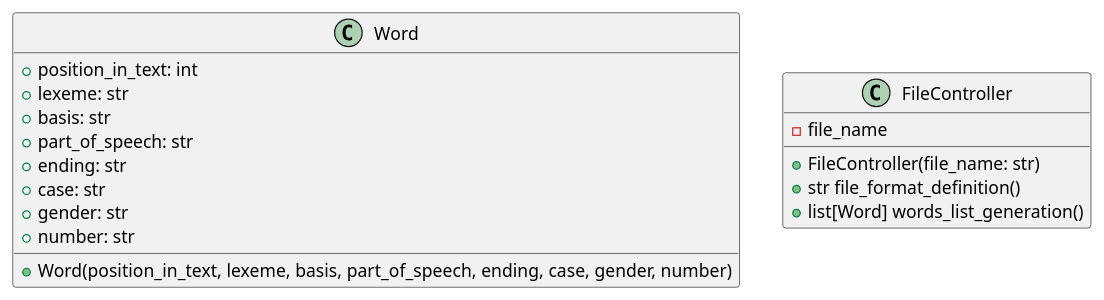
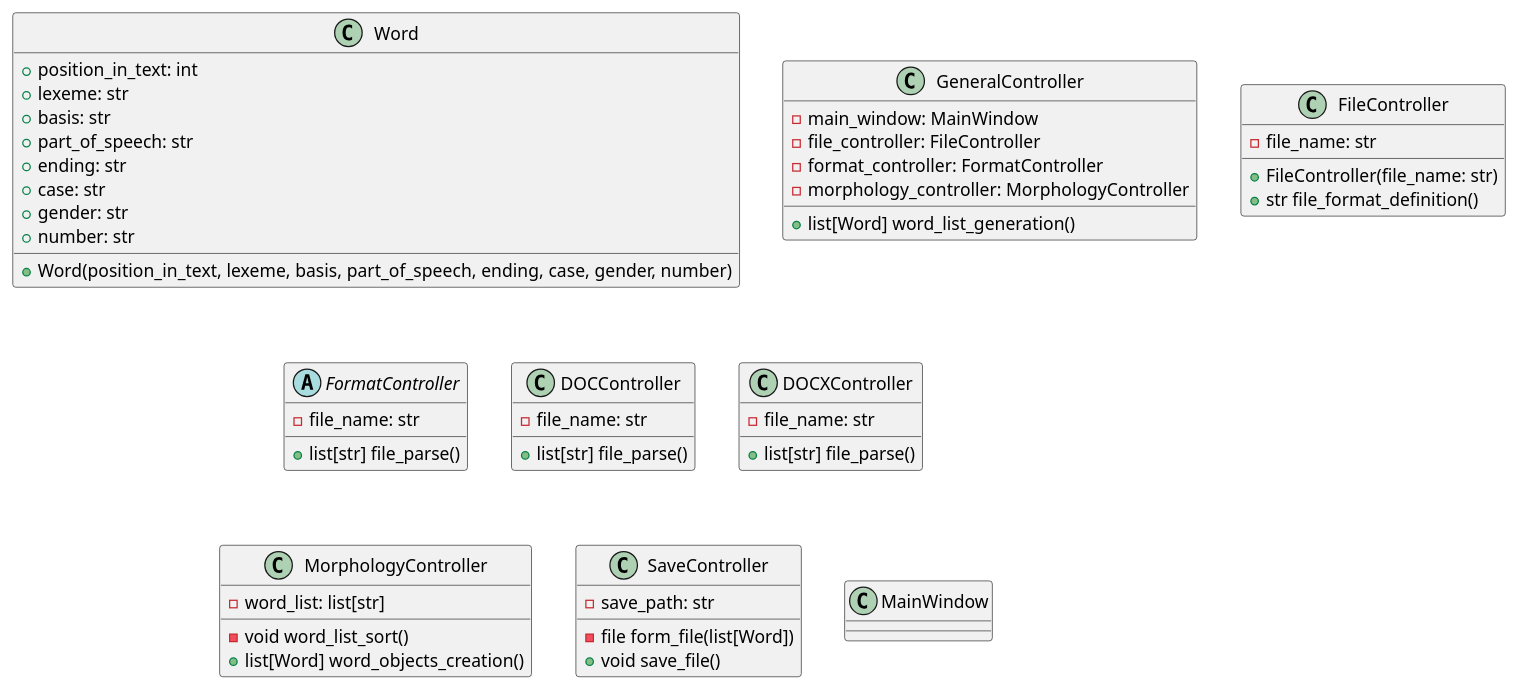
Before and after one commit to oden73/Natural-Language-Interface-of-Intelligent-Systems: the diagram in lw1/diagram/class_diagram.puml, drawn with PlantUML.

Commit message:
class diagram (without view)

```diff
--- a/lw1/diagram/class_diagram.puml
+++ b/lw1/diagram/class_diagram.puml
@@ -1,24 +1,61 @@
 @startuml
 'https://plantuml.com/class-diagram
 
 class Word {
     + position_in_text: int
     + lexeme: str
     + basis: str
     + part_of_speech: str
     + ending: str
     + case: str
     + gender: str
     + number: str
     + Word(position_in_text, lexeme, basis, part_of_speech, ending, case, gender, number)
 }
 
+class GeneralController {
+    - main_window: MainWindow
+    - file_controller: FileController
+    - format_controller: FormatController
+    - morphology_controller: MorphologyController
+    + list[Word] word_list_generation()
+}
+
 class FileController {
-    - file_name
+    - file_name: str
     + FileController(file_name: str)
     + str file_format_definition()
-    + list[Word] words_list_generation()
 }
 
+abstract class FormatController {
+    - file_name: str
+    + list[str] file_parse()
+}
+
+class DOCController {
+    - file_name: str
+    + list[str] file_parse()
+}
+
+class DOCXController {
+    - file_name: str
+    + list[str] file_parse()
+}
+
+class MorphologyController {
+    - word_list: list[str]
+    - void word_list_sort()
+    + list[Word] word_objects_creation()
+}
+
+class SaveController {
+    - save_path: str
+    - file form_file(list[Word])
+    + void save_file()
+}
+
+class MainWindow {
+
+}
 
 @enduml
```
